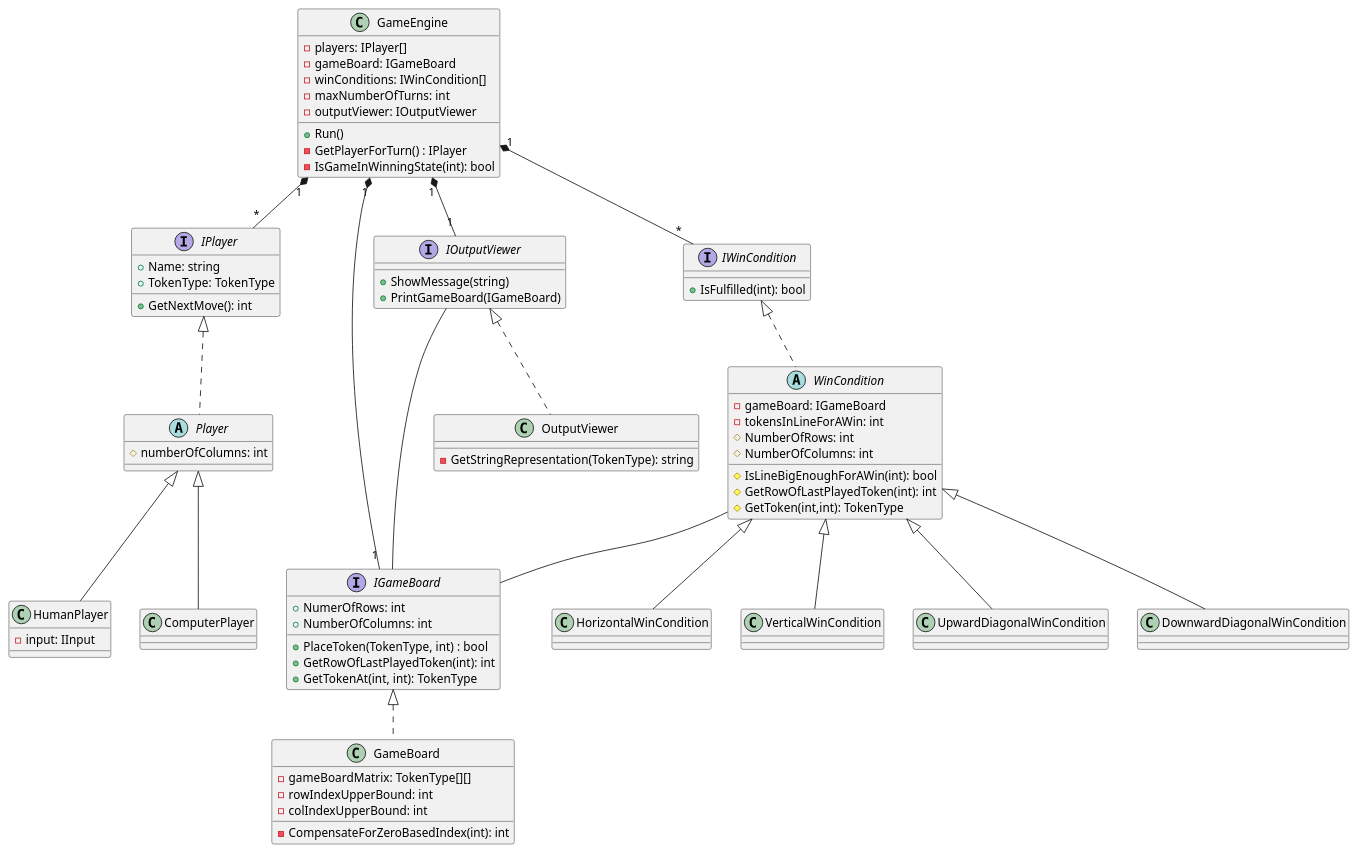
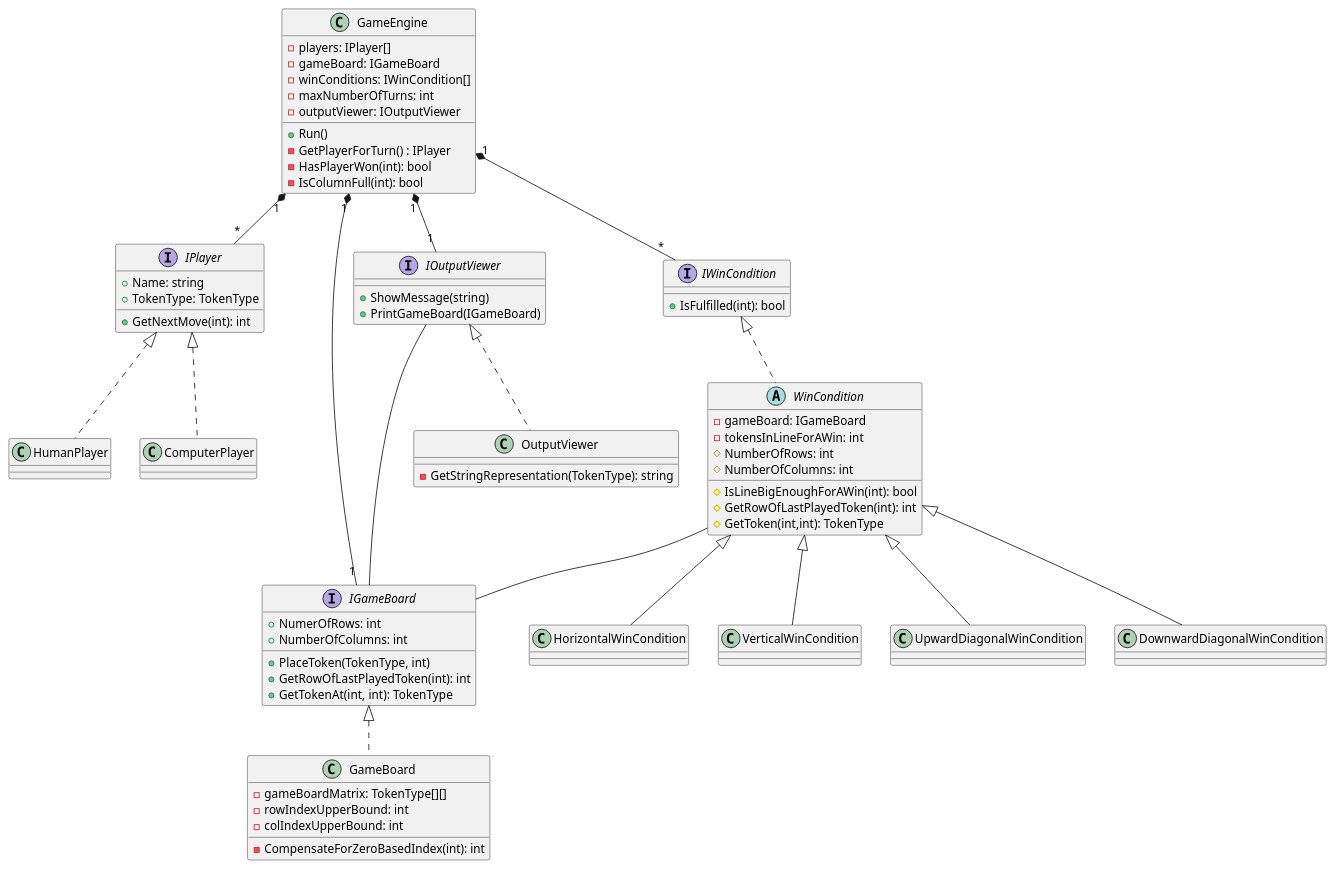
The diagram in umldiagram.wsd (Lee245/ConnectFour), drawn with PlantUML before and after one commit. The commit also changed 13 other files, not shown here.

```diff
--- a/umldiagram.wsd
+++ b/umldiagram.wsd
@@ -1,98 +1,93 @@
 @startuml ConnectFour
 
 class GameEngine {
     -players: IPlayer[]
     -gameBoard: IGameBoard
     -winConditions: IWinCondition[]
     -maxNumberOfTurns: int
     -outputViewer: IOutputViewer
     +Run()
     -GetPlayerForTurn() : IPlayer
-    -IsGameInWinningState(int): bool
+    -HasPlayerWon(int): bool
+    -IsColumnFull(int): bool
 }
 
 ' Players
 interface IPlayer {
     +Name: string
     +TokenType: TokenType
-    +GetNextMove(): int
+    +GetNextMove(int): int
 }
-abstract Player {
-    #numberOfColumns: int
-}
-class HumanPlayer {
-    -input: IInput
-}
+class HumanPlayer
 class ComputerPlayer
 
 ' Gameboard
 interface IGameBoard {
     +NumerOfRows: int
     +NumberOfColumns: int
-    +PlaceToken(TokenType, int) : bool
+    +PlaceToken(TokenType, int)
     +GetRowOfLastPlayedToken(int): int
     +GetTokenAt(int, int): TokenType
 }
 
 class GameBoard {
     -gameBoardMatrix: TokenType[][]
     -rowIndexUpperBound: int
     -colIndexUpperBound: int
     -CompensateForZeroBasedIndex(int): int
 }
 
 ' Output
 interface IOutputViewer {
     +ShowMessage(string)
     +PrintGameBoard(IGameBoard)
 }
 
 class OutputViewer {
     -GetStringRepresentation(TokenType): string
 }
 
 ' WinCondition
 interface IWinCondition {
     +IsFulfilled(int): bool
 }
 
 abstract WinCondition {
     -gameBoard: IGameBoard
     -tokensInLineForAWin: int
     #NumberOfRows: int
     #NumberOfColumns: int
     #IsLineBigEnoughForAWin(int): bool
     #GetRowOfLastPlayedToken(int): int
     #GetToken(int,int): TokenType
 }
 
 class HorizontalWinCondition
 class VerticalWinCondition
 class UpwardDiagonalWinCondition
 class DownwardDiagonalWinCondition
 
 ' Relations
 
 GameEngine "1" *-- "*" IPlayer
 GameEngine "1" *-- "*" IWinCondition
 GameEngine "1" *-- "1" IOutputViewer
 
 GameEngine "1" *-- "1" IGameBoard
 IGameBoard <|.. GameBoard
 
 IWinCondition <|.. WinCondition
 WinCondition <|-- HorizontalWinCondition
 WinCondition <|-- VerticalWinCondition
 WinCondition <|-- UpwardDiagonalWinCondition
 WinCondition <|-- DownwardDiagonalWinCondition
 
 WinCondition -- IGameBoard
 
 IOutputViewer <|.. OutputViewer
 IOutputViewer -- IGameBoard
 
-IPlayer <|.. Player
-Player <|-- HumanPlayer
-Player <|-- ComputerPlayer
+IPlayer <|.. HumanPlayer
+IPlayer <|.. ComputerPlayer
 
 @enduml
```
